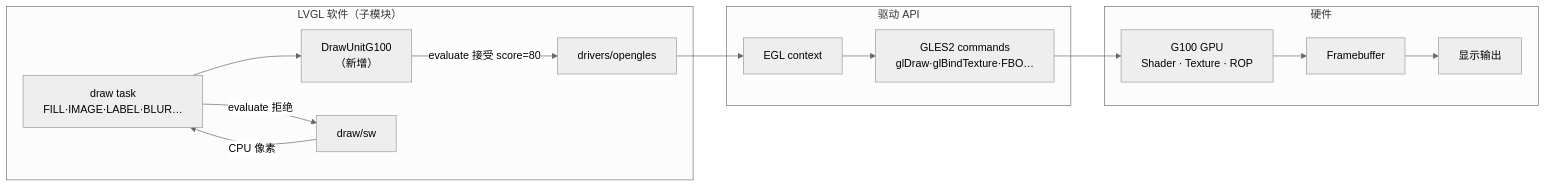
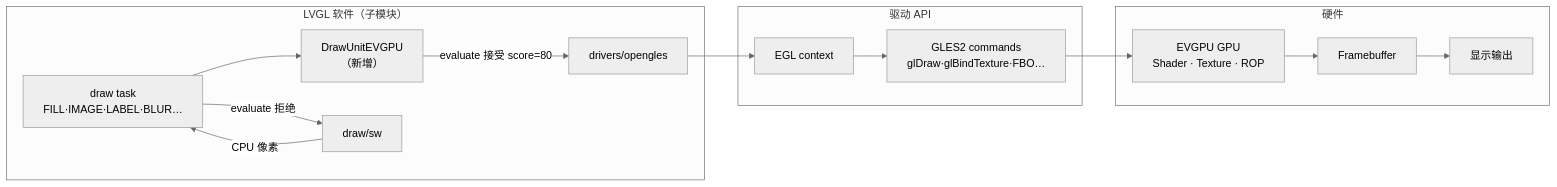
One commit to ganzhong007/lv_port_linux changed the second of 9 diagrams in docs/opengles2_gpu_integration_guide.md. Above: the diagram before and after it, drawn with Mermaid (neutral theme). The commit also changed other lines of this file and 13 other files, not shown here.

````diff
--- a/docs/opengles2_gpu_integration_guide.md
+++ b/docs/opengles2_gpu_integration_guide.md
@@ -86,27 +86,27 @@
 ```mermaid
 flowchart LR
     subgraph SOFTWARE["LVGL 软件（子模块）"]
         TASK["draw task<br/>FILL·IMAGE·LABEL·BLUR…"]
-        DU["DrawUnitG100<br/>（新增）"]
+        DU["DrawUnitEVGPU<br/>（新增）"]
         INFRA["drivers/opengles"]
         SW["draw/sw"]
     end
 
     subgraph API["驱动 API"]
         EGL["EGL context"]
         GLES["GLES2 commands<br/>glDraw·glBindTexture·FBO…"]
     end
 
     subgraph HARDWARE["硬件"]
-        G100["G100 GPU<br/>Shader · Texture · ROP"]
+        EVGPU["EVGPU GPU<br/>Shader · Texture · ROP"]
         FB["Framebuffer"]
         OUT["显示输出"]
     end
 
     TASK --> DU
     TASK -->|evaluate 拒绝| SW
     DU -->|evaluate 接受 score=80| INFRA
-    INFRA --> EGL --> GLES --> G100
-    G100 --> FB --> OUT
+    INFRA --> EGL --> GLES --> EVGPU
+    EVGPU --> FB --> OUT
     SW -->|CPU 像素| TASK
 ```
````
